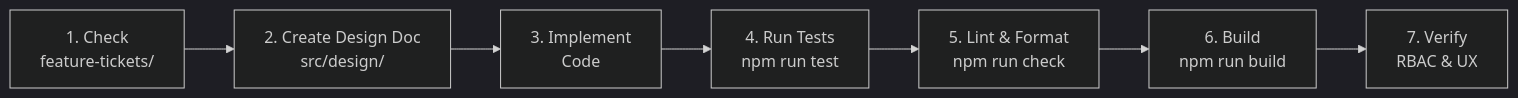
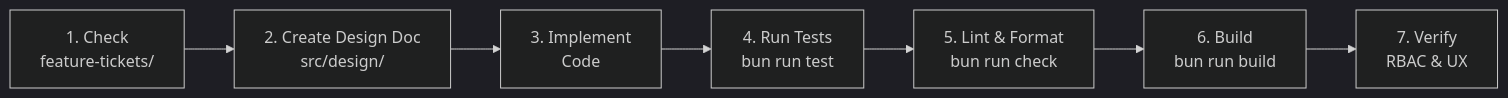
The diagram in docs/development/WORKFLOW.md (nate-b-martin/tournement-tracker), drawn with Mermaid (dark theme) before and after one commit. The commit also changed other lines of this file and 62 other files, not shown here.

````diff
--- a/docs/development/WORKFLOW.md
+++ b/docs/development/WORKFLOW.md
@@ -5,9 +5,9 @@
 ```mermaid
 flowchart LR
     A["1. Check<br/>feature-tickets/"] --> B["2. Create Design Doc<br/>src/design/"]
     B --> C["3. Implement<br/>Code"]
-    C --> D["4. Run Tests<br/>npm run test"]
-    D --> E["5. Lint & Format<br/>npm run check"]
-    E --> F["6. Build<br/>npm run build"]
+    C --> D["4. Run Tests<br/>bun run test"]
+    D --> E["5. Lint & Format<br/>bun run check"]
+    E --> F["6. Build<br/>bun run build"]
     F --> G["7. Verify<br/>RBAC & UX"]
 ```
````
